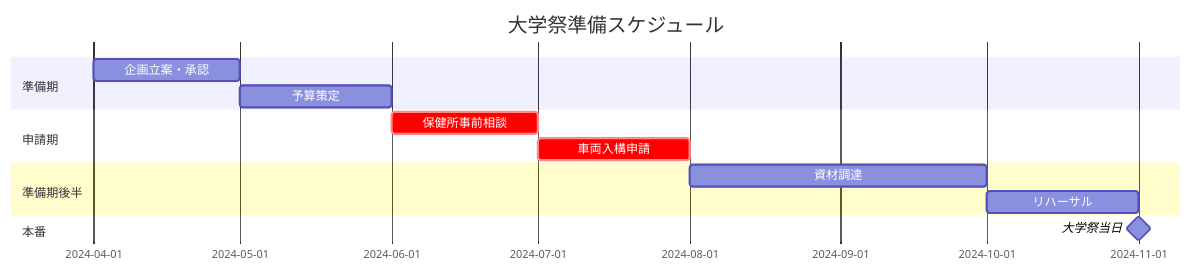
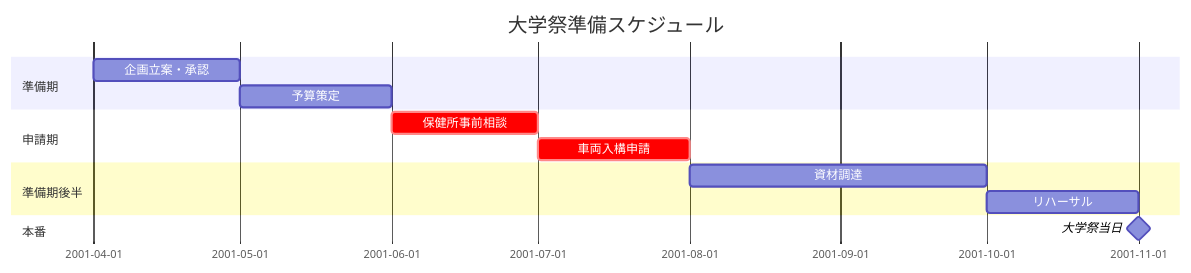
Before and after one commit to take-bikes/docs: the diagram in management/schedule.mdx, drawn with Mermaid.

Commit message:
change schedule

````diff
--- a/management/schedule.mdx
+++ b/management/schedule.mdx
@@ -18,16 +18,16 @@
 ```mermaid
 gantt
     title 大学祭準備スケジュール
     dateFormat  YYYY-MM
     section 準備期
-    企画立案・承認      :2024-04, 1M
-    予算策定            :2024-05, 1M
+    企画立案・承認      :04, 1M
+    予算策定            :05, 1M
     section 申請期
-    保健所事前相談      :crit, 2024-06, 1M
-    車両入構申請        :crit, 2024-07, 1M
+    保健所事前相談      :crit, 06, 1M
+    車両入構申請        :crit, 07, 1M
     section 準備期後半
-    資材調達            :2024-08, 2M
-    リハーサル          :2024-10, 1M
+    資材調達            :08, 2M
+    リハーサル          :10, 1M
     section 本番
-    大学祭当日          :milestone, 2024-11, 0d
+    大学祭当日          :milestone, 11, 0d
 ```
````
